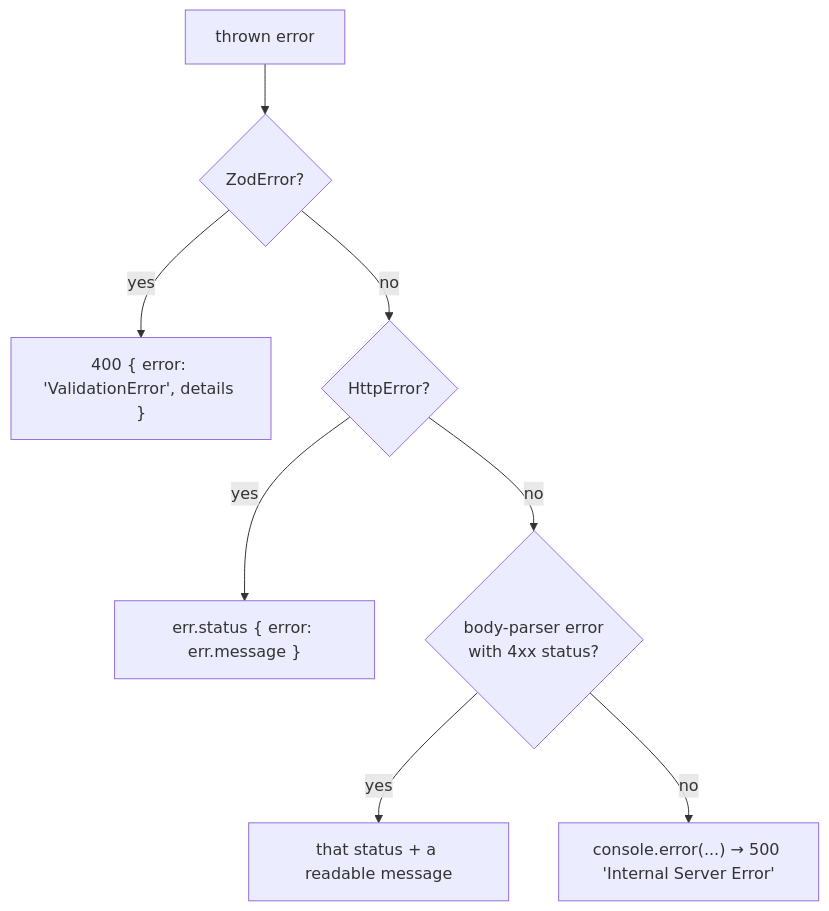
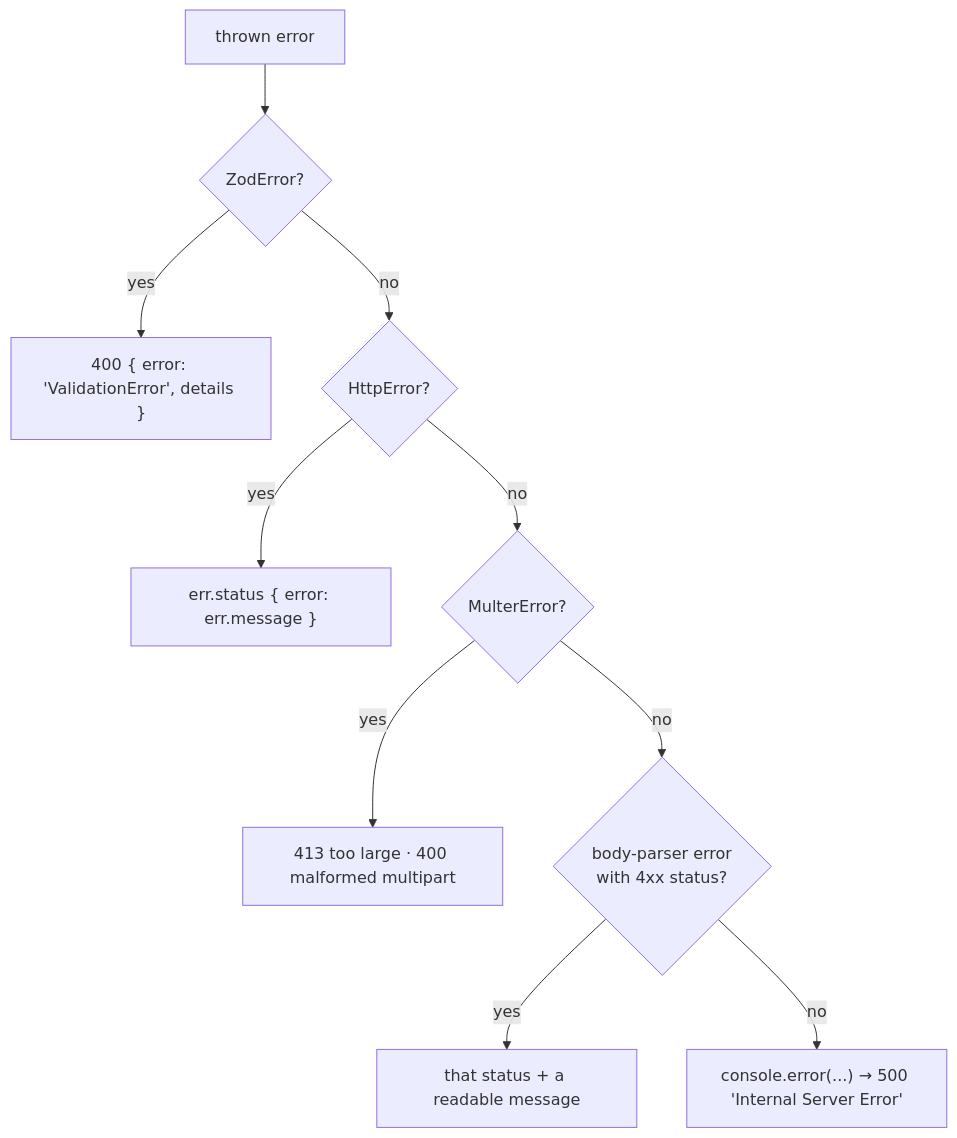
Before and after one commit to AbhishekSatyam96/devTinder: the sixth of 6 diagrams in docs/flows.md, drawn with Mermaid. The commit also changed other lines of this file and 2 other files, not shown here.

````diff
--- a/docs/flows.md
+++ b/docs/flows.md
@@ -857,10 +902,12 @@
 ```mermaid
 flowchart TD
     E["thrown error"] --> Z{"ZodError?"}
     Z -->|yes| Z1["400 { error: 'ValidationError', details }"]
     Z -->|no| H{"HttpError?"}
     H -->|yes| H1["err.status { error: err.message }"]
-    H -->|no| B{"body-parser error<br/>with 4xx status?"}
+    H -->|no| M{"MulterError?"}
+    M -->|yes| M1["413 too large · 400 malformed multipart"]
+    M -->|no| B{"body-parser error<br/>with 4xx status?"}
     B -->|yes| B1["that status + a readable message"]
     B -->|no| U["console.error(...) → 500 'Internal Server Error'"]
 ```
````
